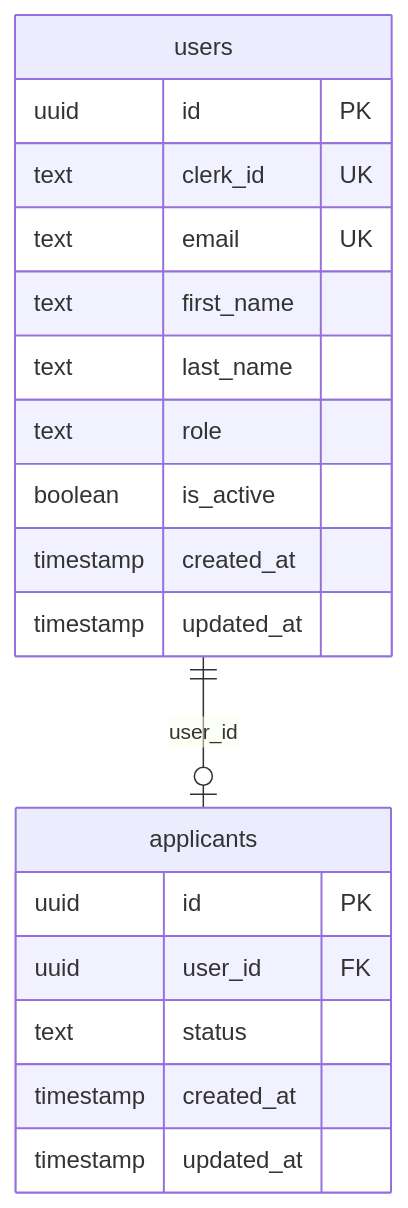
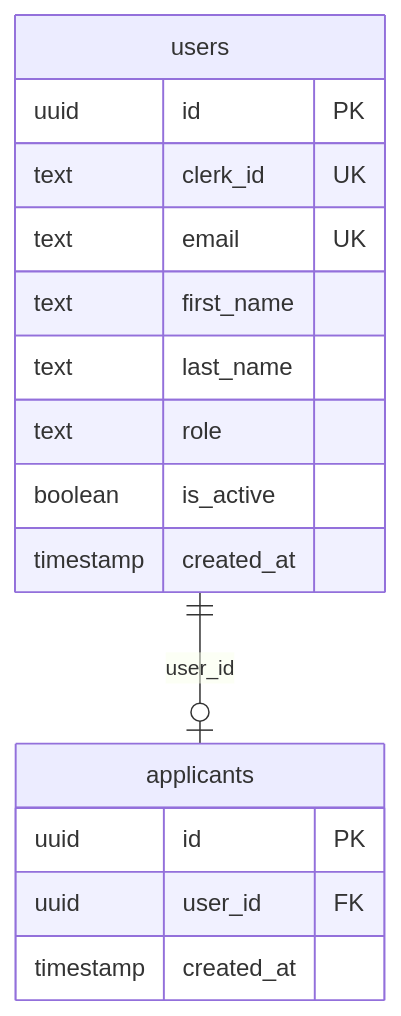
The diagram in backend/API_CONTRACT.md (Cesar125c/ATS-UCE), drawn with Mermaid before and after one commit. The commit also changed other lines of this file and 3 other files, not shown here.

````diff
--- a/backend/API_CONTRACT.md
+++ b/backend/API_CONTRACT.md
@@ -180,22 +145,19 @@
 ```mermaid
 erDiagram
     users {
         uuid id PK
         text clerk_id UK
         text email UK
         text first_name
         text last_name
         text role
         boolean is_active
         timestamp created_at
-        timestamp updated_at
     }
     applicants {
         uuid id PK
         uuid user_id FK
-        text status
         timestamp created_at
-        timestamp updated_at
     }
     users ||--o| applicants : "user_id"
 ```
````
